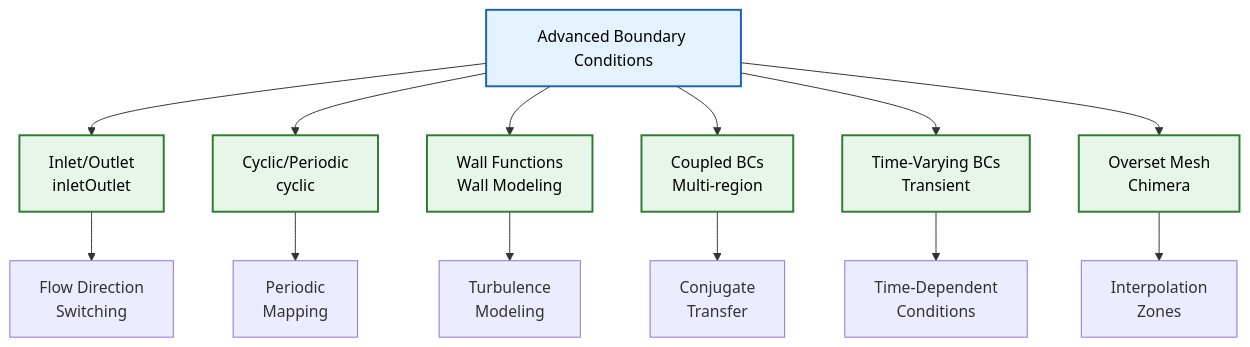
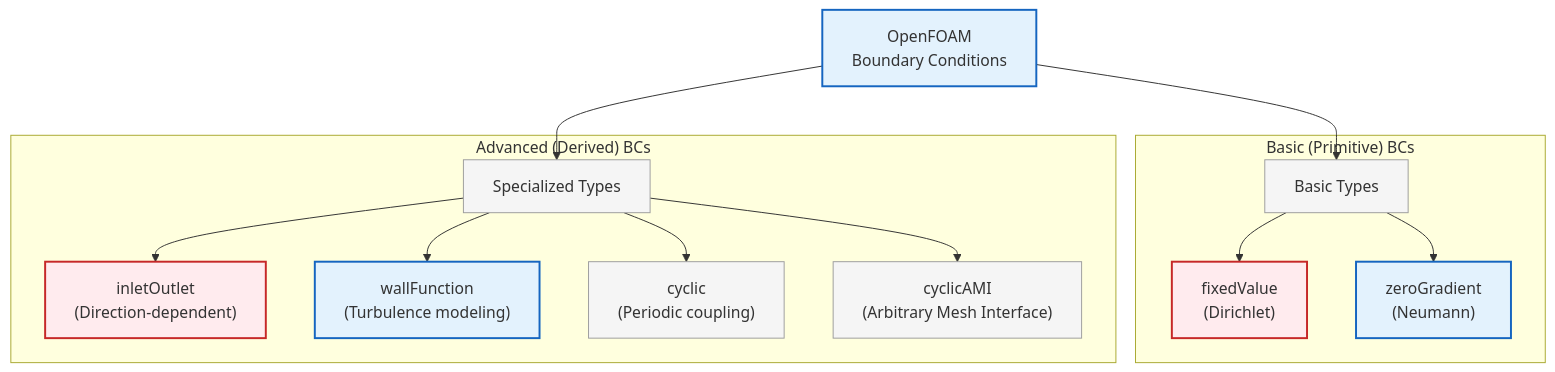
Before and after one commit to wramet/build-my-cfd: the first of 7 diagrams in MODULE_01_CFD_FUNDAMENTALS/CONTENT/03_BOUNDARY_CONDITIONS/06_Advanced_Boundary_Conditions.md, drawn with Mermaid. The commit also changed other lines of this file and 313 other files, not shown here.

Commit message:
Revise all diagram

````diff
--- a/MODULE_01_CFD_FUNDAMENTALS/CONTENT/03_BOUNDARY_CONDITIONS/06_Advanced_Boundary_Conditions.md
+++ b/MODULE_01_CFD_FUNDAMENTALS/CONTENT/03_BOUNDARY_CONDITIONS/06_Advanced_Boundary_Conditions.md
@@ -8,22 +8,35 @@
 ```mermaid
 graph TD
-    A["Advanced Boundary Conditions"] --> B["Inlet/Outlet<br/>inletOutlet"]
-    A --> C["Cyclic/Periodic<br/>cyclic"]
-    A --> D["Wall Functions<br/>Wall Modeling"]
-    A --> E["Coupled BCs<br/>Multi-region"]
-    A --> F["Time-Varying BCs<br/>Transient"]
-    A --> G["Overset Mesh<br/>Chimera"]
+%% OpenFOAM BC Taxonomy
+Base["OpenFOAM<br/>Boundary Conditions"]:::implicit
 
-    B --> B1["Flow Direction<br/>Switching"]
-    C --> C1["Periodic<br/>Mapping"]
-    D --> D1["Turbulence<br/>Modeling"]
-    E --> E1["Conjugate<br/>Transfer"]
-    F --> F1["Time-Dependent<br/>Conditions"]
-    G --> G1["Interpolation<br/>Zones"]
+subgraph Basic ["Basic (Primitive) BCs"]
+BasicParent["Basic Types"]:::context
+Fix["fixedValue<br/>(Dirichlet)"]:::explicit
+Zero["zeroGradient<br/>(Neumann)"]:::implicit
+end
 
-    classDef advanced fill:#e3f2fd,stroke:#1565c0,stroke-width:2px,color:#000;
-    classDef feature fill:#e8f5e9,stroke:#2e7d32,stroke-width:2px,color:#000;
+subgraph Advanced ["Advanced (Derived) BCs"]
+AdvParent["Specialized Types"]:::context
+IO["inletOutlet<br/>(Direction-dependent)"]:::explicit
+Wall["wallFunction<br/>(Turbulence modeling)"]:::implicit
+Cyc["cyclic<br/>(Periodic coupling)"]:::context
+CycAMI["cyclicAMI<br/>(Arbitrary Mesh Interface)"]:::context
+end
 
-    class A advanced;
-    class B,C,D,E,F,G feature;
+Base --> BasicParent
+Base --> AdvParent
+
+BasicParent --> Fix
+BasicParent --> Zero
+
+AdvParent --> IO
+AdvParent --> Wall
+AdvParent --> Cyc
+AdvParent --> CycAMI
+
+%% Classes
+classDef implicit fill:#e3f2fd,stroke:#1565c0,stroke-width:2px;
+classDef explicit fill:#ffebee,stroke:#c62828,stroke-width:2px;
+classDef context fill:#f5f5f5,stroke:#9e9e9e,stroke-width:1px;
 ```
````
